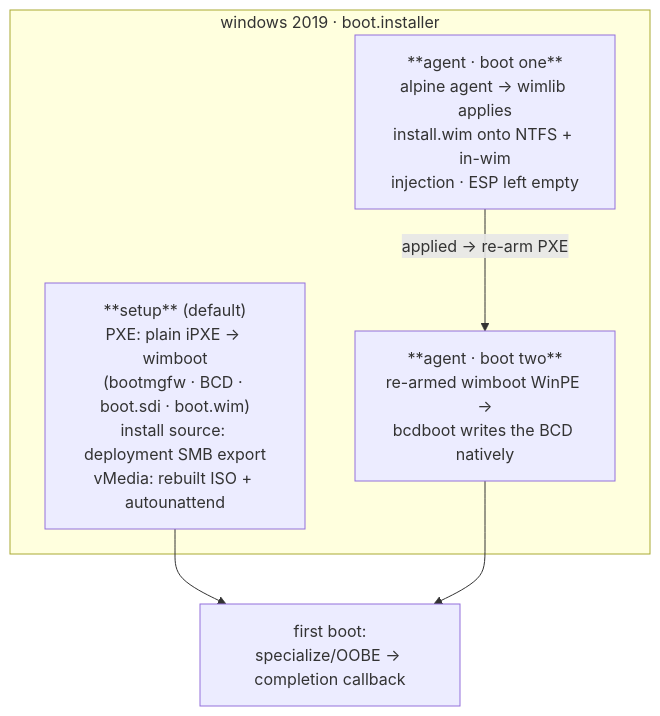
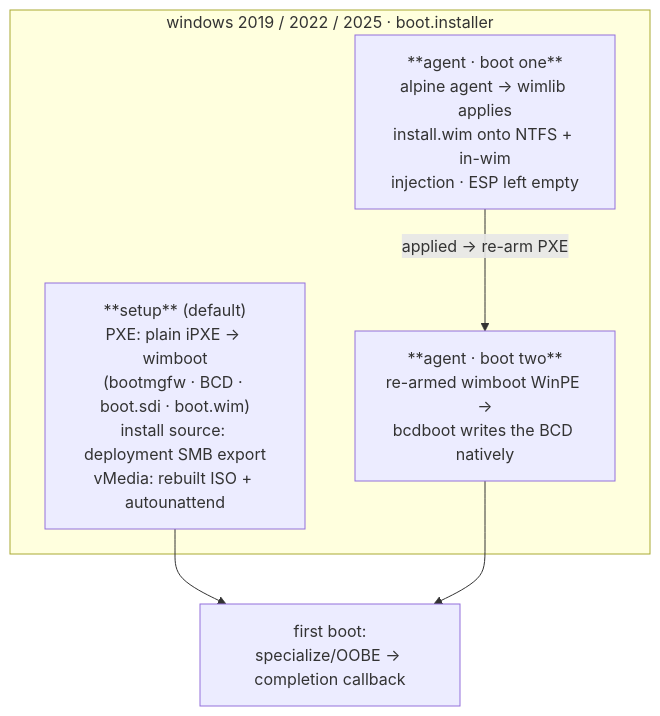
The second of 3 diagrams in README.md (3th1nk/mammoth), drawn with Mermaid before and after one commit. The commit also changed other lines of this file and 1 other file, not shown here.

First line of the commit message:
docs: README + distros.md 全量同步 2026-10-29 真机验证战果——windows 2022/2025 闭环、ubuntu26 接入闭环、ubuntu22 routes 回验

````diff
--- a/README.md
+++ b/README.md
@@ -153,10 +153,10 @@
 ```mermaid
 flowchart TD
-    subgraph WS["windows 2019 · boot.installer"]
+    subgraph WS["windows 2019 / 2022 / 2025 · boot.installer"]
         st["**setup** (default)<br/>PXE: plain iPXE → wimboot<br/>(bootmgfw · BCD · boot.sdi · boot.wim)<br/>install source: deployment SMB export<br/>vMedia: rebuilt ISO + autounattend"]
         a1["**agent · boot one**<br/>alpine agent → wimlib applies<br/>install.wim onto NTFS + in-wim<br/>injection · ESP left empty"]
         a2["**agent · boot two**<br/>re-armed wimboot WinPE →<br/>bcdboot writes the BCD natively"]
     end
     st --> fbt["first boot:<br/>specialize/OOBE → completion callback"]
     a1 -->|"applied → re-arm PXE"| a2 --> fbt
 ```
````
